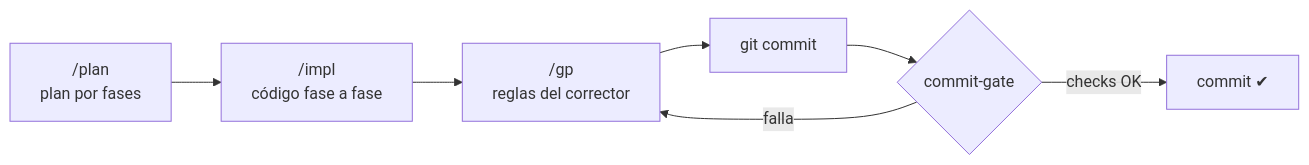
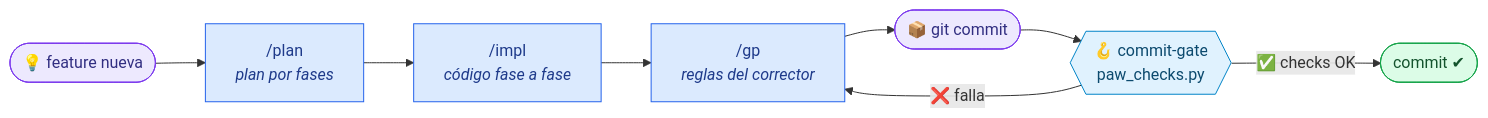
Before and after one commit to SebasCaules/PAW-AgenticCoding-Kit: the second of 4 diagrams in README.md, drawn with Mermaid. The commit also changed other lines of this file, not shown here.

````diff
--- a/README.md
+++ b/README.md
@@ -99,9 +135,19 @@
 ```mermaid
 flowchart LR
-    A["/plan<br/>plan por fases"] --> B["/impl<br/>código fase a fase"]
-    B --> C["/gp<br/>reglas del corrector"]
-    C --> D["git commit"]
-    D --> E{"commit-gate"}
-    E -- "checks OK" --> F["commit ✔"]
-    E -- "falla" --> C
+    ID(["💡 feature nueva"]) --> PL["/plan<br/><i>plan por fases</i>"]
+    PL --> IM["/impl<br/><i>código fase a fase</i>"]
+    IM --> GP["/gp<br/><i>reglas del corrector</i>"]
+    GP --> CM(["📦 git commit"])
+    CM --> GT{{"🪝 commit-gate<br/>paw_checks.py"}}
+    GT -- "✅ checks OK" --> OK(["commit ✔"])
+    GT -- "❌ falla" --> GP
+
+    classDef vos fill:#EDE9FE,stroke:#7C3AED,color:#312E81
+    classDef kit fill:#DBEAFE,stroke:#2563EB,color:#1E3A8A
+    classDef gate fill:#E0F2FE,stroke:#0284C7,color:#0C4A6E
+    classDef ok fill:#DCFCE7,stroke:#16A34A,color:#14532D
+    class ID,CM vos
+    class PL,IM,GP kit
+    class GT gate
+    class OK ok
 ```
````
